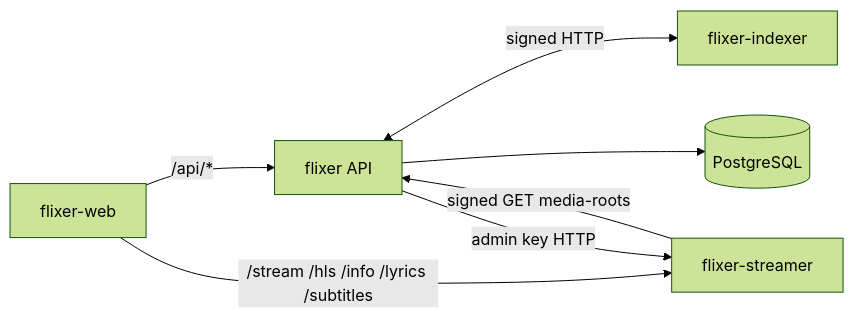
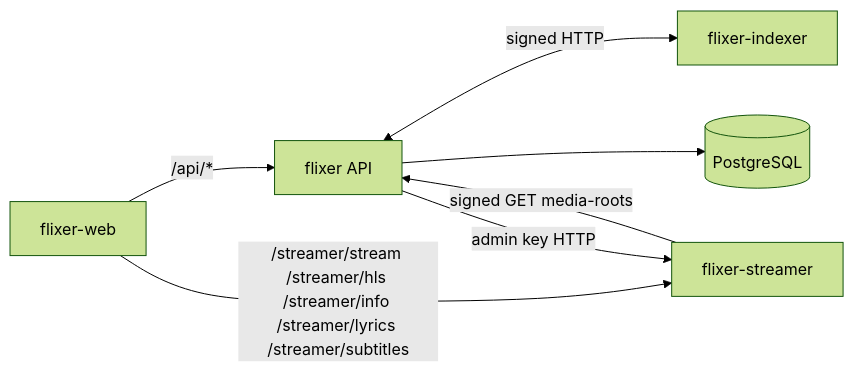
Before and after one commit to flixermedia/flixer-docs: the diagram in docs/flixer/overview.md, drawn with Mermaid (forest theme). The commit also changed other lines of this file and 13 other files, not shown here.

````diff
--- a/docs/flixer/overview.md
+++ b/docs/flixer/overview.md
@@ -20,9 +20,9 @@
 ```mermaid
 flowchart LR
   Web[flixer-web] -->|/api/*| Flixer
-  Web -->|/stream /hls /info /lyrics /subtitles| Streamer
+  Web -->|/streamer/stream /streamer/hls /streamer/info /streamer/lyrics /streamer/subtitles| Streamer
   Flixer[flixer API] <-->|signed HTTP| Indexer[flixer-indexer]
   Flixer -->|admin key HTTP| Streamer[flixer-streamer]
   Streamer -->|signed GET media-roots| Flixer
   Flixer --> PG[(PostgreSQL)]
 ```
````
